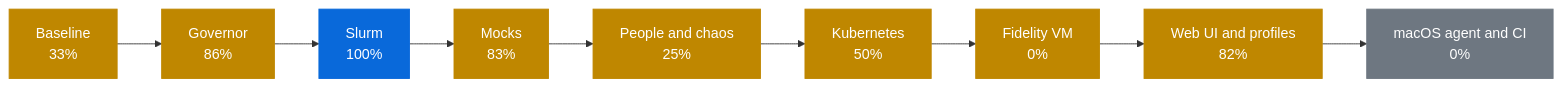
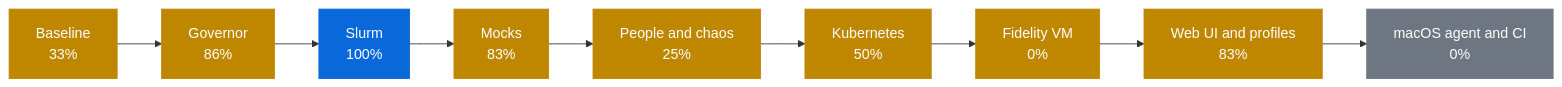
Before and after one commit to AhmedYousriSobhi/workbench: the first of 2 diagrams in docs/PROGRESS.md, drawn with Mermaid. The commit also changed other lines of this file and 8 other files, not shown here.

````diff
--- a/docs/PROGRESS.md
+++ b/docs/PROGRESS.md
@@ -10,17 +10,17 @@
 ```mermaid
 flowchart LR
     p0["Baseline<br/>33%"]:::partial
     p1["Governor<br/>86%"]:::partial
     p2["Slurm<br/>100%"]:::review
     p3["Mocks<br/>83%"]:::partial
     p4["People and chaos<br/>25%"]:::partial
     p5["Kubernetes<br/>50%"]:::partial
     p6["Fidelity VM<br/>0%"]:::partial
-    p7["Web UI and profiles<br/>82%"]:::partial
+    p7["Web UI and profiles<br/>83%"]:::partial
     p8["macOS agent and CI<br/>0%"]:::todo
     p0 --> p1 --> p2 --> p3 --> p4 --> p5 --> p6 --> p7 --> p8
     classDef done fill:#1a7f37,stroke:#1a7f37,color:#fff
     classDef review fill:#0969da,stroke:#0969da,color:#fff
     classDef partial fill:#bf8700,stroke:#bf8700,color:#fff
     classDef todo fill:#6e7781,stroke:#6e7781,color:#fff
 ```
````
